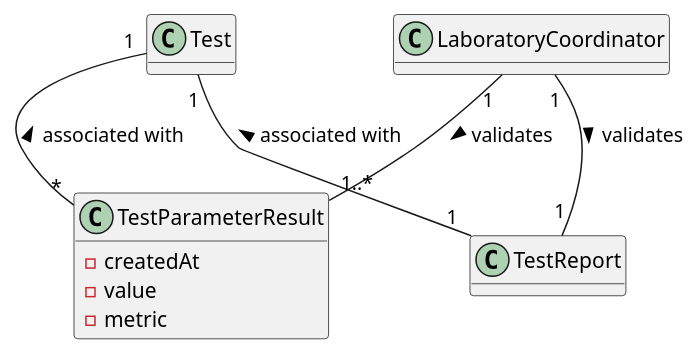
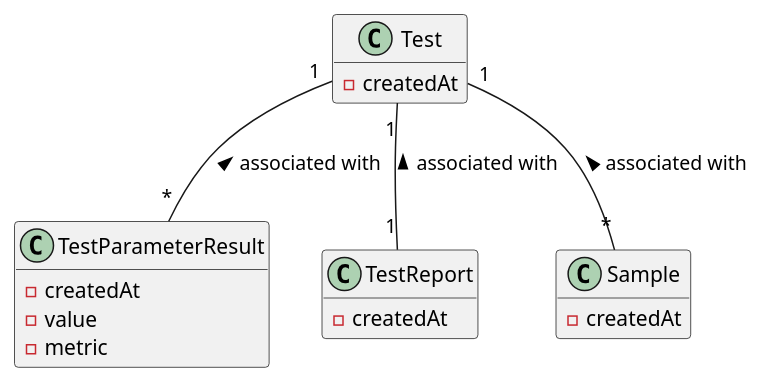
One commit to MarianaCLages/LAPR2 changed the diagram in docs/SprintC/US15/US15_MD.puml. Above: the diagram before and after it, drawn with PlantUML. The commit also changed 5 other files, not shown here.

Commit message:
US15 diagrams

```diff
--- a/docs/SprintC/US15/US15_MD.puml
+++ b/docs/SprintC/US15/US15_MD.puml
@@ -1,27 +1,32 @@
 @startuml
 hide methods
 
 
 class Test{
+-createdAt
 }
 
 class TestParameterResult{
 -createdAt
 -value
 -metric
 }
 
+
 class TestReport{
-}
-
-class LaboratoryCoordinator{
+-createdAt
 }
 
 
+
+class Sample{
+-createdAt
+}
+
+Test "1" -- "*" Sample: associated with <
 Test "1" -- "*" TestParameterResult: associated with <
 Test "1" -- "1" TestReport: associated with <
-LaboratoryCoordinator "1" -- "1" TestReport: validates >
-LaboratoryCoordinator "1" -- "1..*" TestParameterResult: validates >
+
 
 
 @enduml
```
